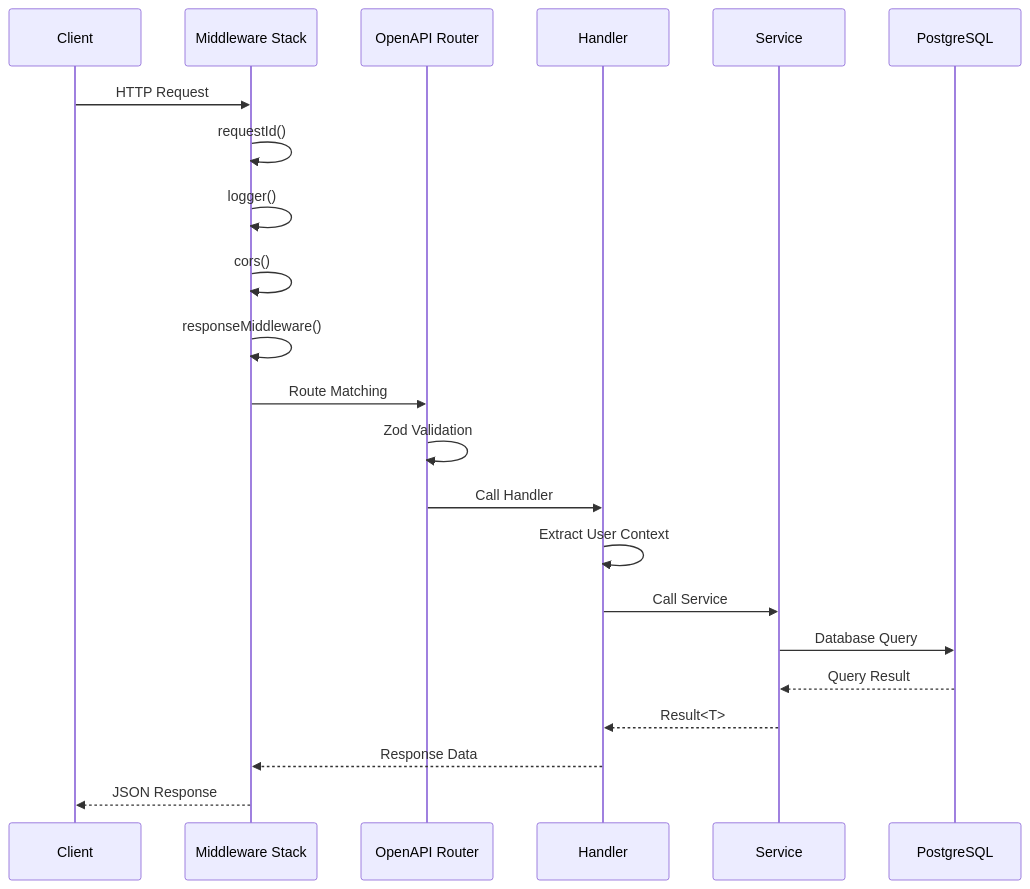
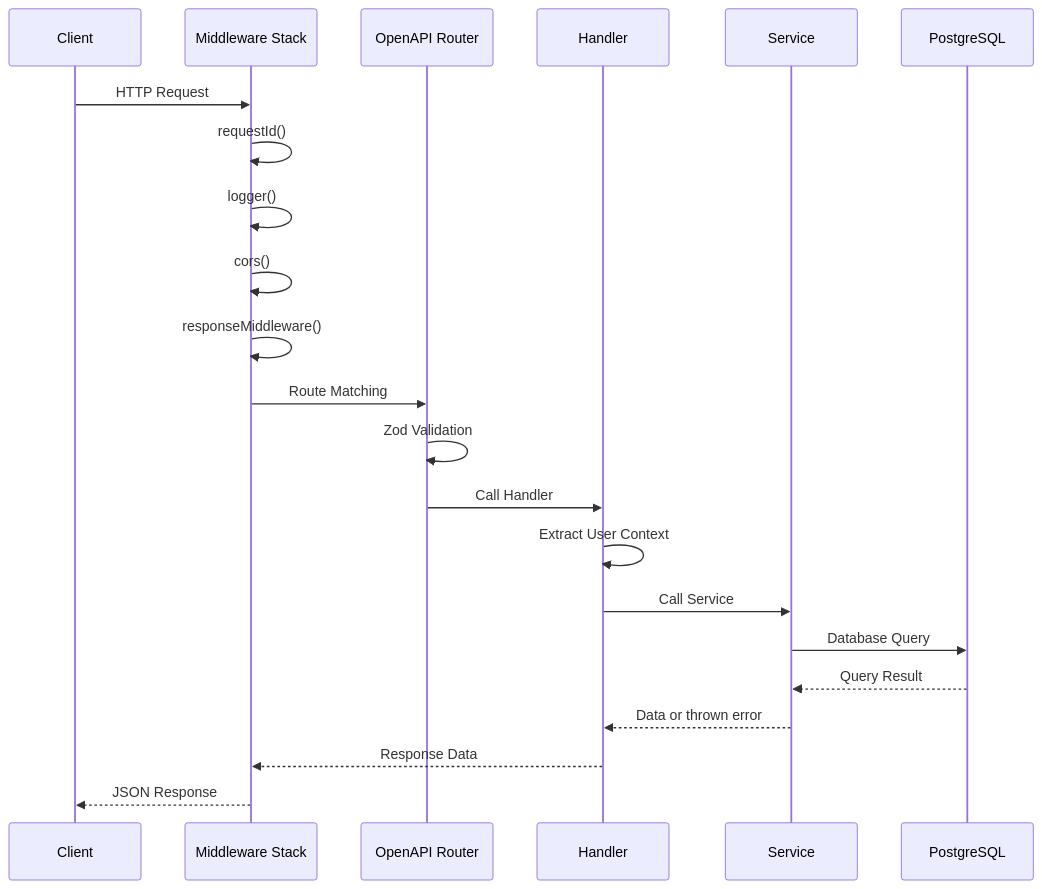
The third of 8 diagrams in docs/SYSTEM_ARCHITECTURE.md (Blawby/blawby-backend), drawn with Mermaid before and after one commit. The commit also changed other lines of this file and 17 other files, not shown here.

First line of the commit message:
Refactor error handling across the codebase to use throw-based pattern; remove Result<T> usage

````diff
--- a/docs/SYSTEM_ARCHITECTURE.md
+++ b/docs/SYSTEM_ARCHITECTURE.md
@@ -211,25 +211,25 @@
 ```mermaid
 sequenceDiagram
     participant C as Client
     participant MW as Middleware Stack
     participant R as OpenAPI Router
     participant H as Handler
     participant S as Service
     participant DB as PostgreSQL
 
     C->>MW: HTTP Request
     MW->>MW: requestId()
     MW->>MW: logger()
     MW->>MW: cors()
     MW->>MW: responseMiddleware()
     MW->>R: Route Matching
     R->>R: Zod Validation
     R->>H: Call Handler
     H->>H: Extract User Context
     H->>S: Call Service
     S->>DB: Database Query
     DB-->>S: Query Result
-    S-->>H: Result<T>
+    S-->>H: Data or thrown error
     H-->>MW: Response Data
     MW-->>C: JSON Response
 ```
````
